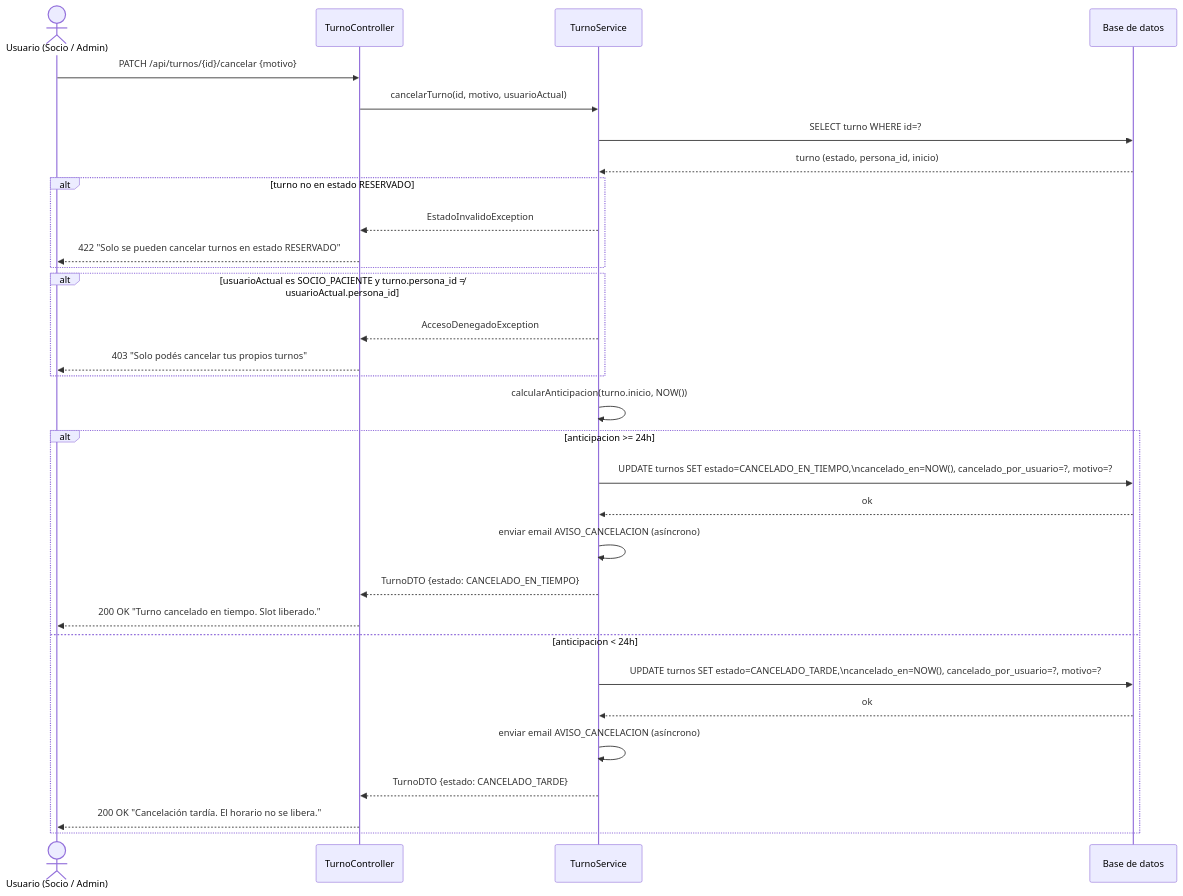
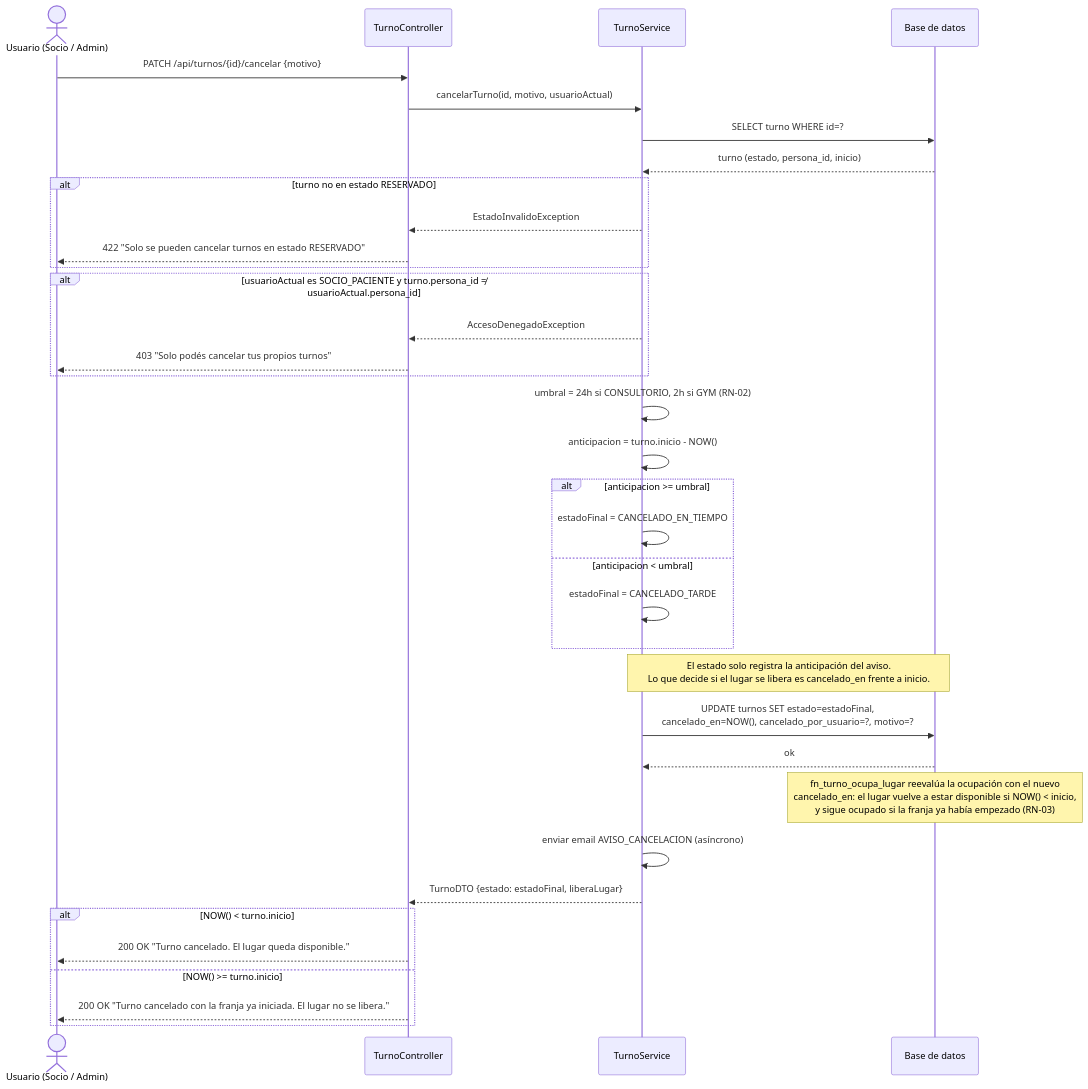
One commit to rcalcatelli/vitalys-app changed the fifth of 11 diagrams in docs/02-diseno/diagramas.md. Above: the diagram before and after it, drawn with Mermaid. The commit also changed other lines of this file and 6 other files, not shown here.

````diff
--- a/docs/02-diseno/diagramas.md
+++ b/docs/02-diseno/diagramas.md
@@ -251,40 +252,48 @@
 ```mermaid
 sequenceDiagram
     actor U as Usuario (Socio / Admin)
     participant API as TurnoController
     participant TS as TurnoService
     participant DB as Base de datos
 
     U->>API: PATCH /api/turnos/{id}/cancelar {motivo}
 
     API->>TS: cancelarTurno(id, motivo, usuarioActual)
 
     TS->>DB: SELECT turno WHERE id=?
     DB-->>TS: turno (estado, persona_id, inicio)
 
     alt turno no en estado RESERVADO
         TS-->>API: EstadoInvalidoException
         API-->>U: 422 "Solo se pueden cancelar turnos en estado RESERVADO"
     end
 
     alt usuarioActual es SOCIO_PACIENTE y turno.persona_id ≠ usuarioActual.persona_id
         TS-->>API: AccesoDenegadoException
         API-->>U: 403 "Solo podés cancelar tus propios turnos"
     end
 
-    TS->>TS: calcularAnticipacion(turno.inicio, NOW())
+    TS->>TS: umbral = 24h si CONSULTORIO, 2h si GYM (RN-02)
+    TS->>TS: anticipacion = turno.inicio - NOW()
 
-    alt anticipacion >= 24h
-        TS->>DB: UPDATE turnos SET estado=CANCELADO_EN_TIEMPO,\ncancelado_en=NOW(), cancelado_por_usuario=?, motivo=?
-        DB-->>TS: ok
-        TS->>TS: enviar email AVISO_CANCELACION (asíncrono)
-        TS-->>API: TurnoDTO {estado: CANCELADO_EN_TIEMPO}
-        API-->>U: 200 OK "Turno cancelado en tiempo. Slot liberado."
-    else anticipacion < 24h
-        TS->>DB: UPDATE turnos SET estado=CANCELADO_TARDE,\ncancelado_en=NOW(), cancelado_por_usuario=?, motivo=?
-        DB-->>TS: ok
-        TS->>TS: enviar email AVISO_CANCELACION (asíncrono)
-        TS-->>API: TurnoDTO {estado: CANCELADO_TARDE}
-        API-->>U: 200 OK "Cancelación tardía. El horario no se libera."
+    alt anticipacion >= umbral
+        TS->>TS: estadoFinal = CANCELADO_EN_TIEMPO
+    else anticipacion < umbral
+        TS->>TS: estadoFinal = CANCELADO_TARDE
+    end
+
+    Note over TS,DB: El estado solo registra la anticipación del aviso.<br/>Lo que decide si el lugar se libera es cancelado_en frente a inicio.
+
+    TS->>DB: UPDATE turnos SET estado=estadoFinal,<br/>cancelado_en=NOW(), cancelado_por_usuario=?, motivo=?
+    DB-->>TS: ok
+    Note over DB: fn_turno_ocupa_lugar reevalúa la ocupación con el nuevo<br/>cancelado_en: el lugar vuelve a estar disponible si NOW() < inicio,<br/>y sigue ocupado si la franja ya había empezado (RN-03)
+
+    TS->>TS: enviar email AVISO_CANCELACION (asíncrono)
+    TS-->>API: TurnoDTO {estado: estadoFinal, liberaLugar}
+
+    alt NOW() < turno.inicio
+        API-->>U: 200 OK "Turno cancelado. El lugar queda disponible."
+    else NOW() >= turno.inicio
+        API-->>U: 200 OK "Turno cancelado con la franja ya iniciada. El lugar no se libera."
     end
 ```
````
